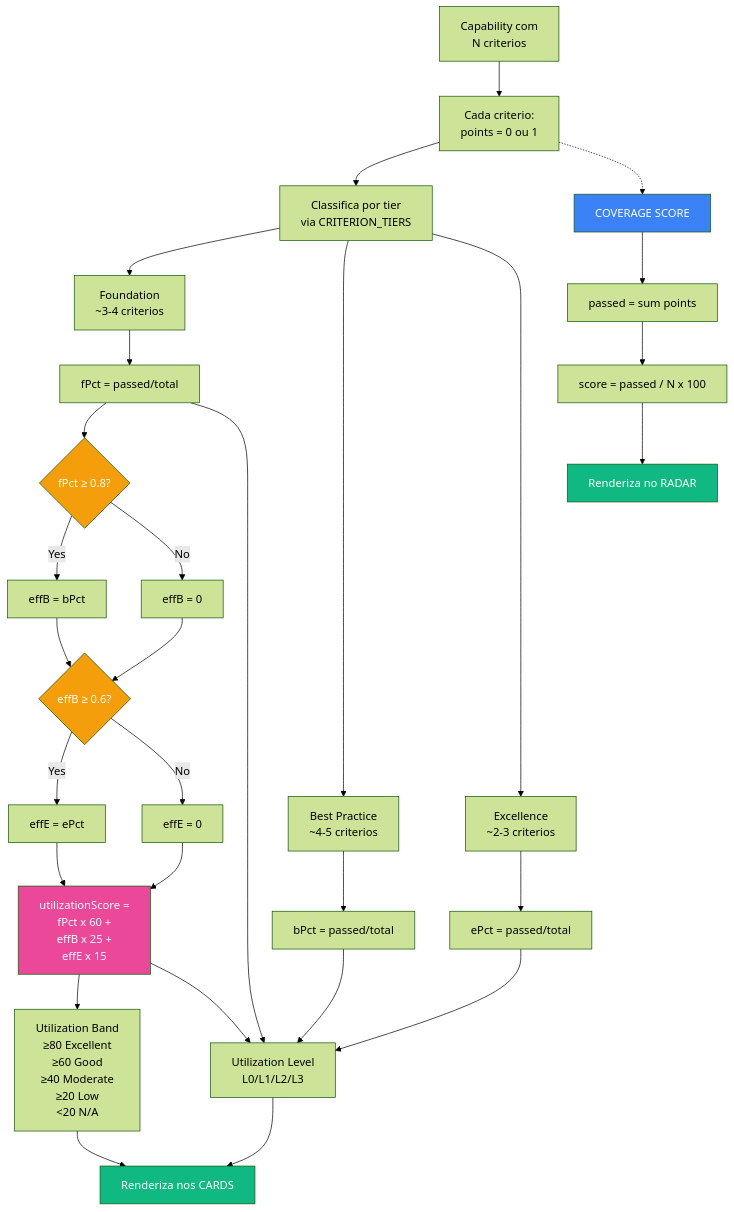
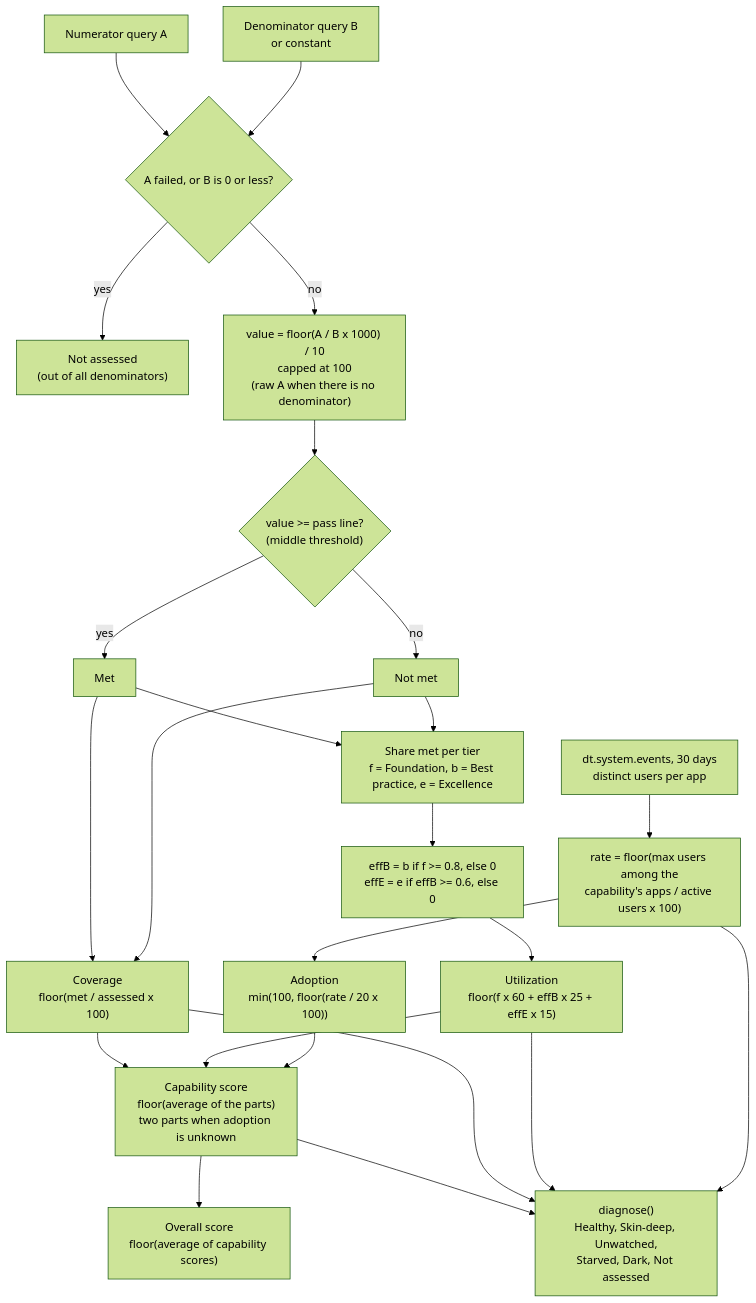
The third of 6 diagrams in docs/ARCHITECTURE-DIAGRAM.md (mbdccoletta/Pulse-Assessment-App), drawn with Mermaid (forest theme) before and after one commit. The commit also changed other lines of this file and 48 other files, not shown here.

````diff
--- a/docs/ARCHITECTURE-DIAGRAM.md
+++ b/docs/ARCHITECTURE-DIAGRAM.md
@@ -176,47 +123,34 @@
 ```mermaid
-flowchart TD
-    A[Capability com<br/>N criterios] --> B[Cada criterio:<br/>points = 0 ou 1]
+flowchart TB
+    QA["Numerator query A"] --> VAL
+    QB["Denominator query B<br/>or constant"] --> VAL
+    VAL{"A failed, or B is 0 or less?"}
+    VAL -->|yes| NA["Not assessed<br/>(out of all denominators)"]
+    VAL -->|no| V["value = floor(A / B x 1000) / 10<br/>capped at 100<br/>(raw A when there is no denominator)"]
+    V --> PL{"value >= pass line?<br/>(middle threshold)"}
+    PL -->|yes| MET["Met"]
+    PL -->|no| UNMET["Not met"]
 
-    B --> C[Classifica por tier<br/>via CRITERION_TIERS]
-    C --> D[Foundation<br/>~3-4 criterios]
-    C --> E[Best Practice<br/>~4-5 criterios]
-    C --> F[Excellence<br/>~2-3 criterios]
+    MET --> COV
+    UNMET --> COV
+    COV["Coverage<br/>floor(met / assessed x 100)"]
 
-    B -.-> G[COVERAGE SCORE]
-    G --> H[passed = sum points]
-    H --> I[score = passed / N x 100]
-    I --> J[Renderiza no RADAR]
+    MET --> TIERS
+    UNMET --> TIERS
+    TIERS["Share met per tier<br/>f = Foundation, b = Best practice, e = Excellence"]
+    TIERS --> GATE["effB = b if f >= 0.8, else 0<br/>effE = e if effB >= 0.6, else 0"]
+    GATE --> UTIL["Utilization<br/>floor(f x 60 + effB x 25 + effE x 15)"]
 
-    D --> K[fPct = passed/total]
-    E --> L[bPct = passed/total]
-    F --> M[ePct = passed/total]
+    SYS["dt.system.events, 30 days<br/>distinct users per app"] --> RATE["rate = floor(max users among the<br/>capability's apps / active users x 100)"]
+    RATE --> ADO["Adoption<br/>min(100, floor(rate / 20 x 100))"]
 
-    K --> N{fPct ≥ 0.8?}
-    N -->|Yes| O[effB = bPct]
-    N -->|No| P[effB = 0]
-
-    O --> Q{effB ≥ 0.6?}
-    P --> Q
-    Q -->|Yes| R[effE = ePct]
-    Q -->|No| S[effE = 0]
-
-    R --> T[utilizationScore =<br/>fPct x 60 +<br/>effB x 25 +<br/>effE x 15]
-    S --> T
-
-    T --> U[Utilization Band<br/>≥80 Excellent<br/>≥60 Good<br/>≥40 Moderate<br/>≥20 Low<br/>&lt;20 N/A]
-    T --> V[Utilization Level<br/>L0/L1/L2/L3]
-
-    K --> V
-    L --> V
-    M --> V
-
-    V --> W[Renderiza nos CARDS]
-    U --> W
-
-    style G fill:#3B82F6,color:#fff
-    style T fill:#EC4899,color:#fff
-    style N fill:#F59E0B,color:#fff
-    style Q fill:#F59E0B,color:#fff
-    style J fill:#10B981,color:#fff
-    style W fill:#10B981,color:#fff
+    COV --> CAP
+    UTIL --> CAP
+    ADO --> CAP
+    CAP["Capability score<br/>floor(average of the parts)<br/>two parts when adoption is unknown"]
+    CAP --> TOTAL["Overall score<br/>floor(average of capability scores)"]
+    CAP --> DX["diagnose()<br/>Healthy, Skin-deep, Unwatched,<br/>Starved, Dark, Not assessed"]
+    COV --> DX
+    UTIL --> DX
+    RATE --> DX
 ```
````
